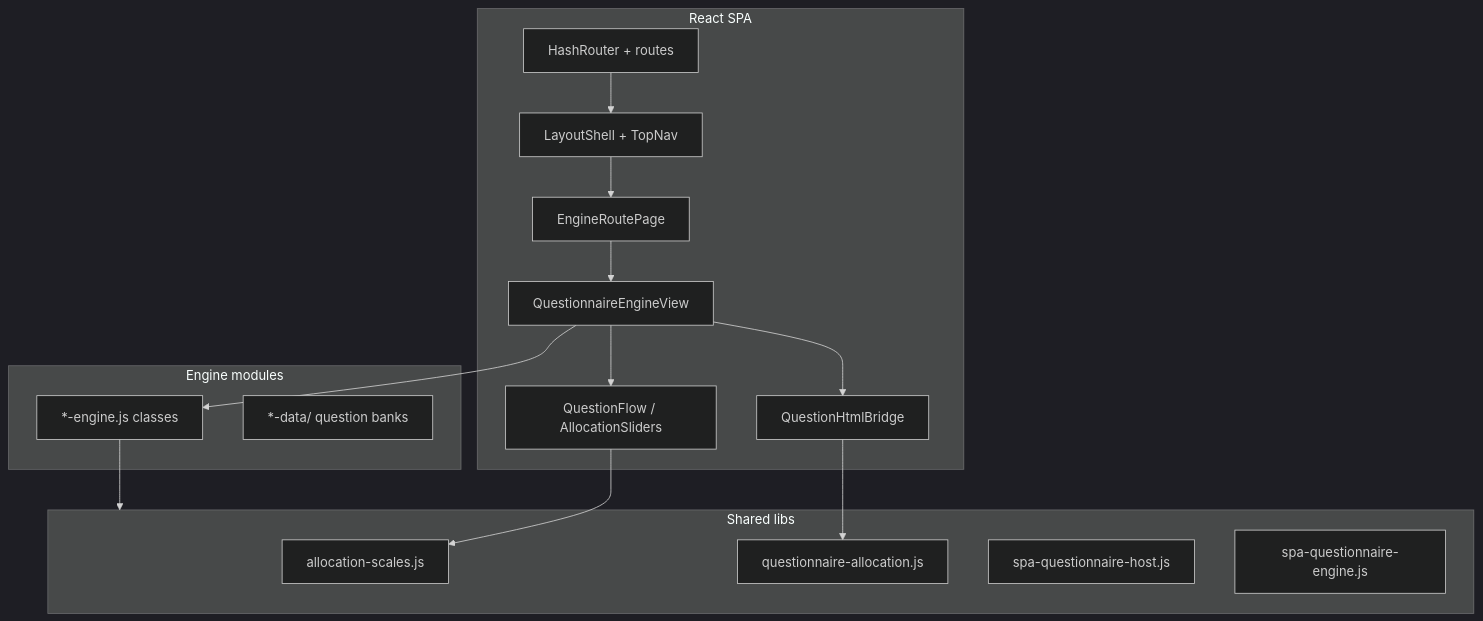
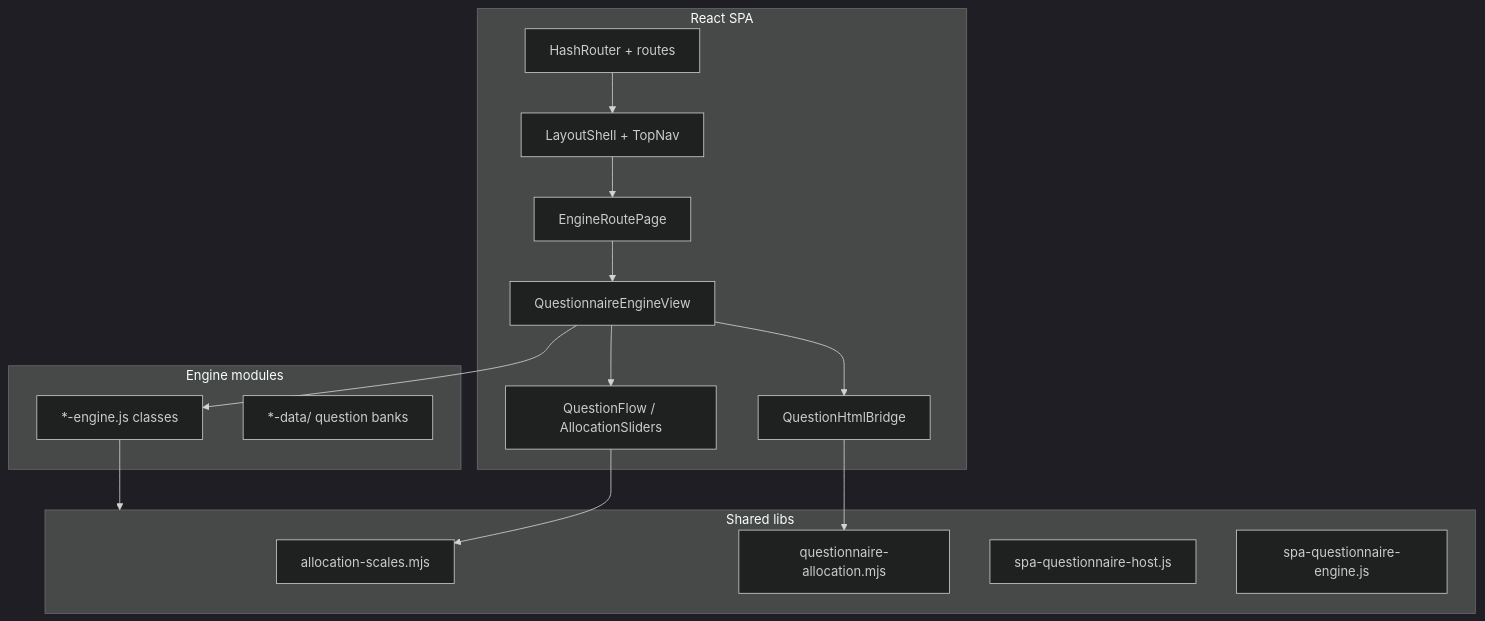
The first of 3 diagrams in docs/V3_ARCHITECTURE_REPLICATION_GUIDE.md (BeliefMastery/RedPillSMV), drawn with Mermaid (dark theme) before and after one commit. The commit also changed other lines of this file and 9 other files, not shown here.

````diff
--- a/docs/V3_ARCHITECTURE_REPLICATION_GUIDE.md
+++ b/docs/V3_ARCHITECTURE_REPLICATION_GUIDE.md
@@ -46,28 +46,28 @@
 ```mermaid
 flowchart TB
   subgraph spa [React SPA]
     Router[HashRouter + routes]
     Layout[LayoutShell + TopNav]
     EnginePage[EngineRoutePage]
     Host[QuestionnaireEngineView]
     QF[QuestionFlow / AllocationSliders]
     Bridge[QuestionHtmlBridge]
   end
   subgraph shared [Shared libs]
-    Alloc[allocation-scales.js]
-    QAlloc[questionnaire-allocation.js]
+    Alloc[allocation-scales.mjs]
+    QAlloc[questionnaire-allocation.mjs]
     SpaHost[spa-questionnaire-host.js]
     SpaSnap[spa-questionnaire-engine.js]
   end
   subgraph engines [Engine modules]
     Eng["*-engine.js classes"]
     Data["*-data/ question banks"]
   end
   Router --> Layout --> EnginePage --> Host
   Host --> QF
   Host --> Bridge
   Host --> Eng
   Eng --> shared
   QF --> Alloc
   Bridge --> QAlloc
 ```
````
